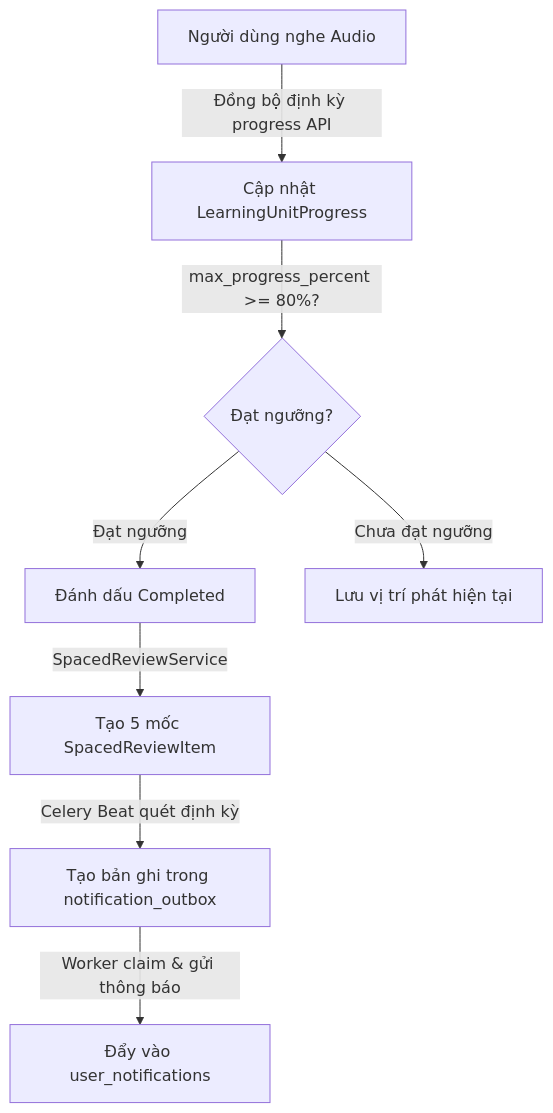
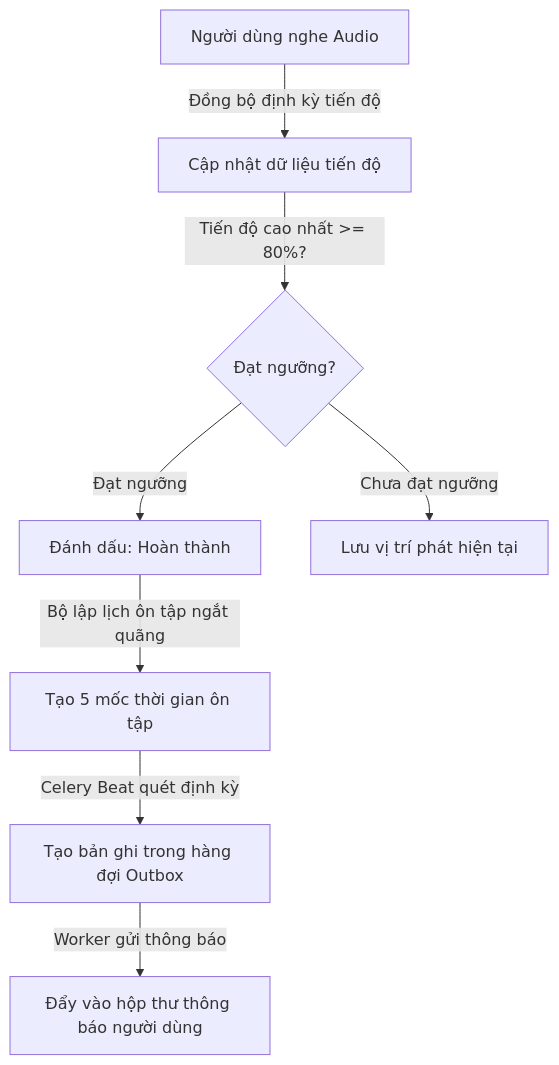
The third of 5 diagrams in _docs_capstone/outline_4c.md (KhoaSinno/triam-backend), drawn with Mermaid before and after one commit. The commit also changed other lines of this file, not shown here.

````diff
--- a/_docs_capstone/outline_4c.md
+++ b/_docs_capstone/outline_4c.md
@@ -120,10 +137,10 @@
 ```mermaid
 flowchart TD
-    Listen[Người dùng nghe Audio] -->|Đồng bộ định kỳ progress API| Progress[Cập nhật LearningUnitProgress]
-    Progress -->|max_progress_percent >= 80%?| Decision{Đạt ngưỡng?}
-    Decision -->|Đạt ngưỡng| Complete[Đánh dấu Completed]
+    Listen[Người dùng nghe Audio] -->|Đồng bộ định kỳ tiến độ| Progress[Cập nhật dữ liệu tiến độ]
+    Progress -->|Tiến độ cao nhất >= 80%?| Decision{Đạt ngưỡng?}
+    Decision -->|Đạt ngưỡng| Complete[Đánh dấu: Hoàn thành]
     Decision -->|Chưa đạt ngưỡng| Save[Lưu vị trí phát hiện tại]
-    Complete -->|SpacedReviewService| SpacedReview[Tạo 5 mốc SpacedReviewItem]
-    SpacedReview -->|Celery Beat quét định kỳ| Outbox[Tạo bản ghi trong notification_outbox]
-    Outbox -->|Worker claim & gửi thông báo| Notifications[Đẩy vào user_notifications]
+    Complete -->|Bộ lập lịch ôn tập ngắt quãng| SpacedReview[Tạo 5 mốc thời gian ôn tập]
+    SpacedReview -->|Celery Beat quét định kỳ| Outbox[Tạo bản ghi trong hàng đợi Outbox]
+    Outbox -->|Worker gửi thông báo| Notifications[Đẩy vào hộp thư thông báo người dùng]
 ```
````
